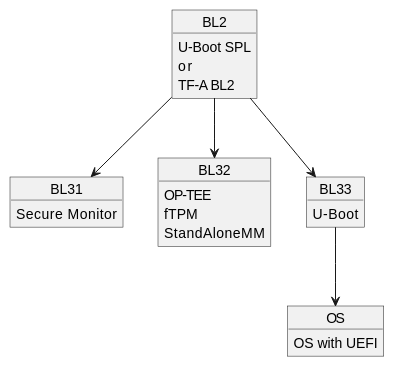
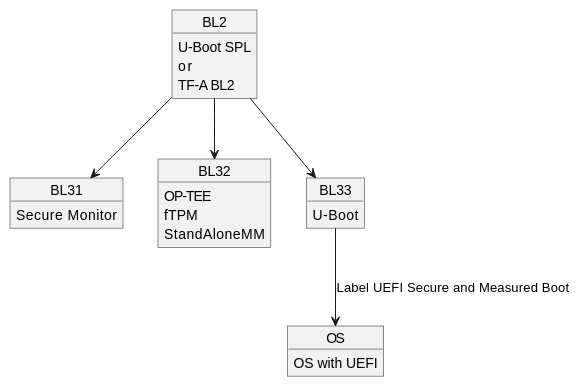
One commit to etienne-lms/meta-ts changed the diagram in docs/requirements/supported_platforms.rst. Above: the diagram before and after it, drawn with PlantUML. The commit also changed other lines of this file, not shown here.

Commit message:
docs: Add labels on software components diagrams
Add secure boot labels on the component diagrams

```diff
--- a/docs/requirements/supported_platforms.rst
+++ b/docs/requirements/supported_platforms.rst
@@ -49,26 +51,26 @@
 .. uml::
 
     object BL2 {
         U-Boot SPL
 	    or
         TF-A BL2
     }
     object BL31 {
         Secure Monitor
     }
     object BL32 {
         OP-TEE
 	    fTPM
 	    StandAloneMM
     }
     object BL33 {
 	    U-Boot
     }
     object OS {
         OS with UEFI
     }
     
     BL2 --> BL31
     BL2 --> BL32
     BL2 --> BL33
-    BL33--> OS
+    BL33--> OS : Label UEFI Secure and Measured Boot
```
